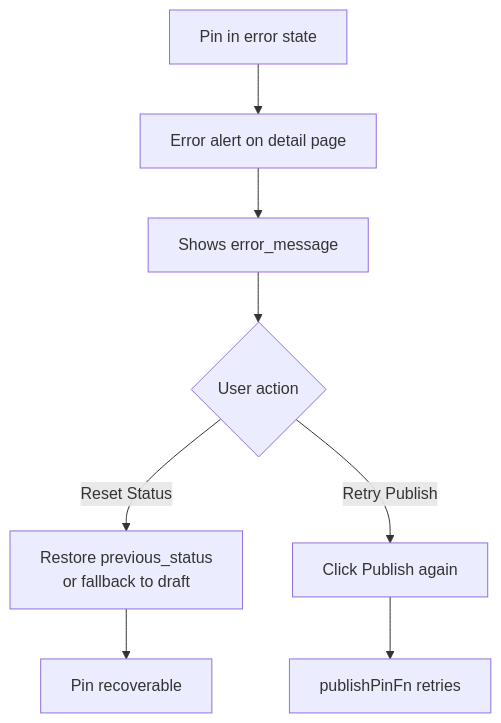
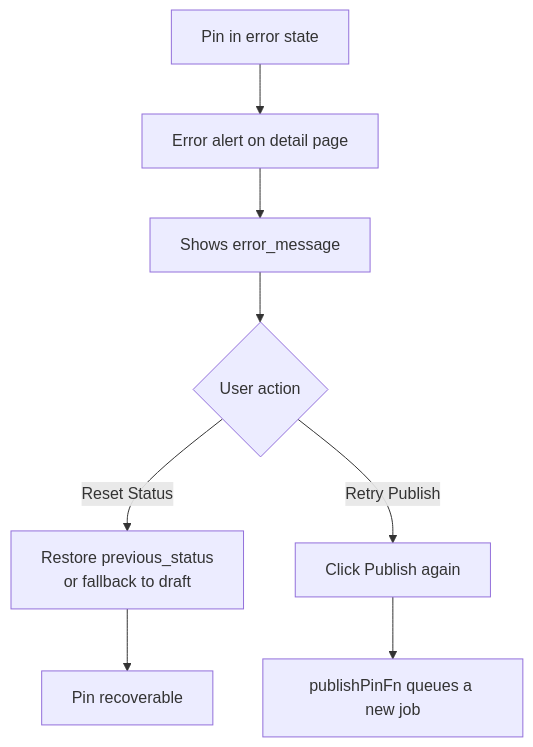
One commit to theaussie86/petra-pinterest changed the third of 4 diagrams in docs/flows/pin-publishing.md. Above: the diagram before and after it, drawn with Mermaid. The commit also changed other lines of this file and 8 other files, not shown here.

````diff
--- a/docs/flows/pin-publishing.md
+++ b/docs/flows/pin-publishing.md
@@ -75,10 +78,10 @@
 ```mermaid
 flowchart TD
     A[Pin in error state] --> B[Error alert on detail page]
     B --> C[Shows error_message]
     C --> D{User action}
     D -->|Reset Status| E[Restore previous_status<br/>or fallback to draft]
     D -->|Retry Publish| F[Click Publish again]
     E --> G[Pin recoverable]
-    F --> H[publishPinFn retries]
+    F --> H[publishPinFn queues a new job]
 ```
````
